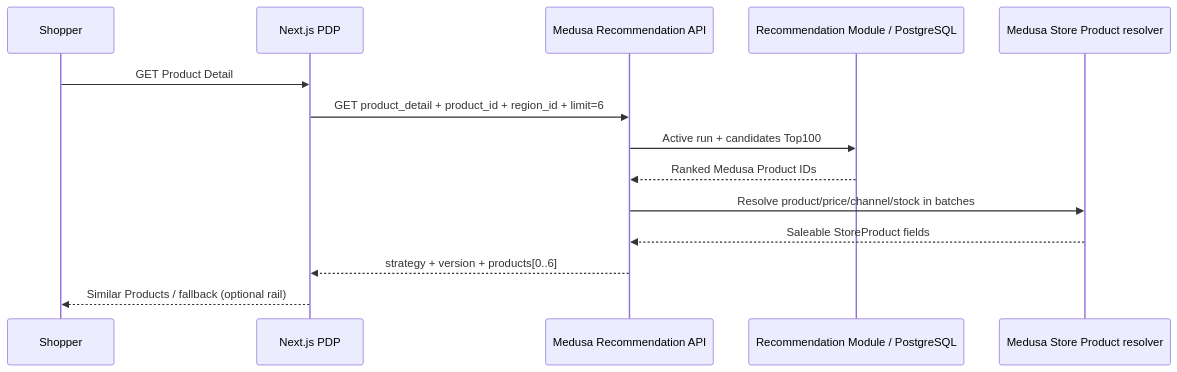
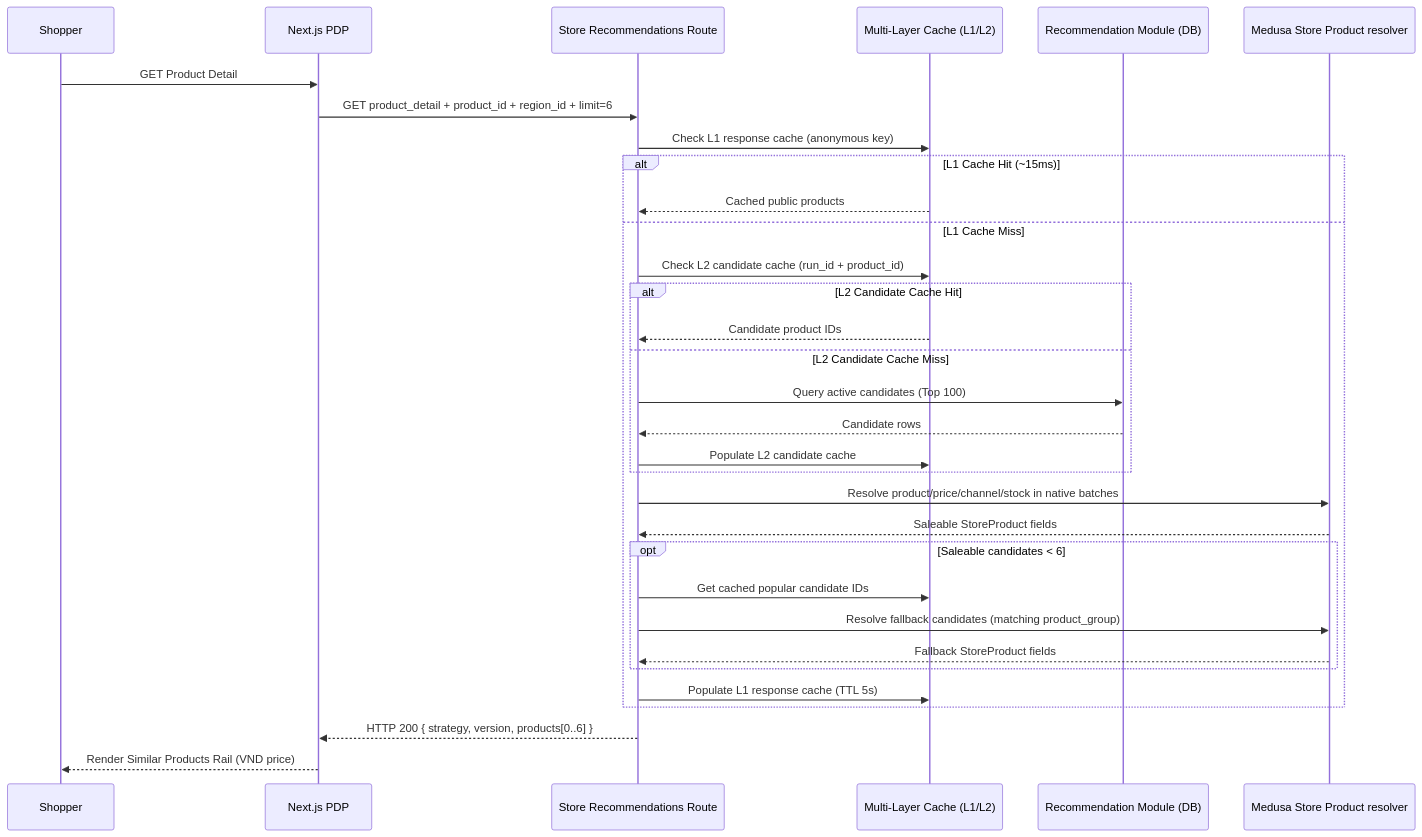
Before and after one commit to kieuquy283/EnterpriseE-commercePlatform: the second of 2 diagrams in docs/recommendation/pdp/spec.md, drawn with Mermaid. The commit also changed other lines of this file, not shown here.

Commit message:
docs(recommendation): update architecture diagram and verification matrix in spec

````diff
--- a/docs/recommendation/pdp/spec.md
+++ b/docs/recommendation/pdp/spec.md
@@ -23,16 +70,35 @@
 ```mermaid
 sequenceDiagram
   participant U as Shopper
   participant Next as Next.js PDP
-  participant API as Medusa Recommendation API
-  participant Rec as Recommendation Module / PostgreSQL
+  participant API as Store Recommendations Route
+  participant Cache as Multi-Layer Cache (L1/L2)
+  participant Rec as Recommendation Module (DB)
   participant Store as Medusa Store Product resolver
+
   U->>Next: GET Product Detail
   Next->>API: GET product_detail + product_id + region_id + limit=6
-  API->>Rec: Active run + candidates Top100
-  Rec-->>API: Ranked Medusa Product IDs
-  API->>Store: Resolve product/price/channel/stock in batches
-  Store-->>API: Saleable StoreProduct fields
-  API-->>Next: strategy + version + products[0..6]
-  Next-->>U: Similar Products / fallback (optional rail)
+  API->>Cache: Check L1 response cache (anonymous key)
+  alt L1 Cache Hit (~15ms)
+    Cache-->>API: Cached public products
+  else L1 Cache Miss
+    API->>Cache: Check L2 candidate cache (run_id + product_id)
+    alt L2 Candidate Cache Hit
+      Cache-->>API: Candidate product IDs
+    else L2 Candidate Cache Miss
+      API->>Rec: Query active candidates (Top 100)
+      Rec-->>API: Candidate rows
+      API->>Cache: Populate L2 candidate cache
+    end
+    API->>Store: Resolve product/price/channel/stock in native batches
+    Store-->>API: Saleable StoreProduct fields
+    opt Saleable candidates < 6
+      API->>Cache: Get cached popular candidate IDs
+      API->>Store: Resolve fallback candidates (matching product_group)
+      Store-->>API: Fallback StoreProduct fields
+    end
+    API->>Cache: Populate L1 response cache (TTL 5s)
+  end
+  API-->>Next: HTTP 200 { strategy, version, products[0..6] }
+  Next-->>U: Render Similar Products Rail (VND price)
 ```
````
